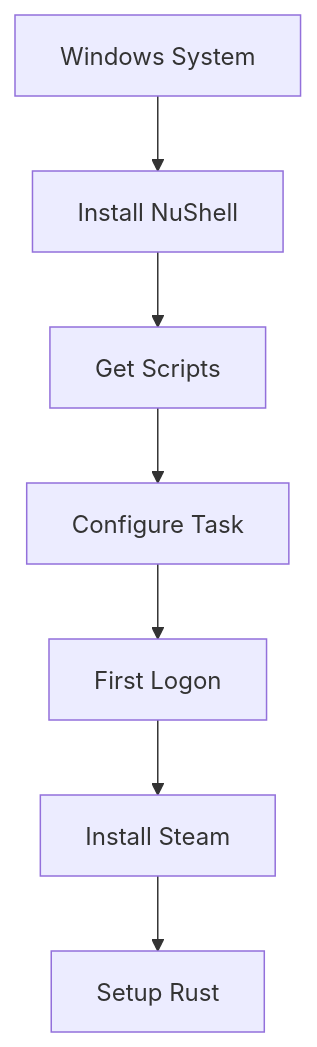
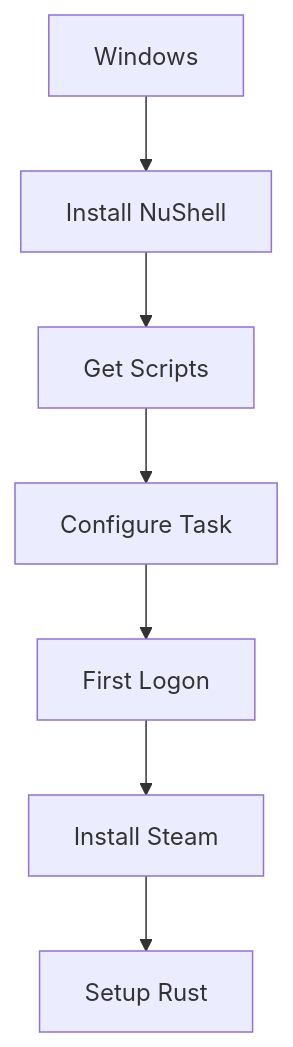
The first of 5 diagrams in docs/guides/windows-automation-guide.md (Hydepwns/nix-mox), drawn with Mermaid before and after one commit. The commit also changed other lines of this file and 145 other files, not shown here.

````diff
--- a/docs/guides/windows-automation-guide.md
+++ b/docs/guides/windows-automation-guide.md
@@ -7,9 +5,9 @@
 ```mermaid
 flowchart TD
-    A[Windows System] --> B[Install NuShell]
+    A[Windows] --> B[Install NuShell]
     B --> C[Get Scripts]
     C --> D[Configure Task]
     D --> E[First Logon]
     E --> F[Install Steam]
     F --> G[Setup Rust]
 ```
````
